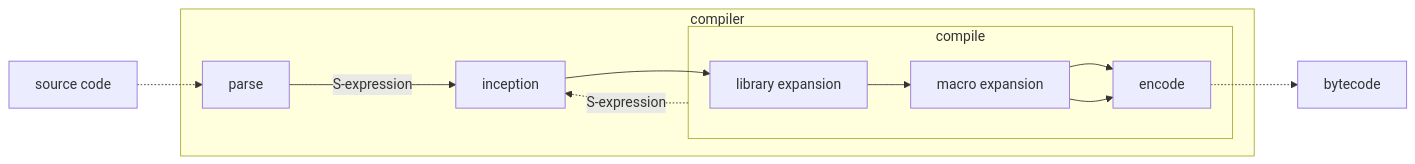
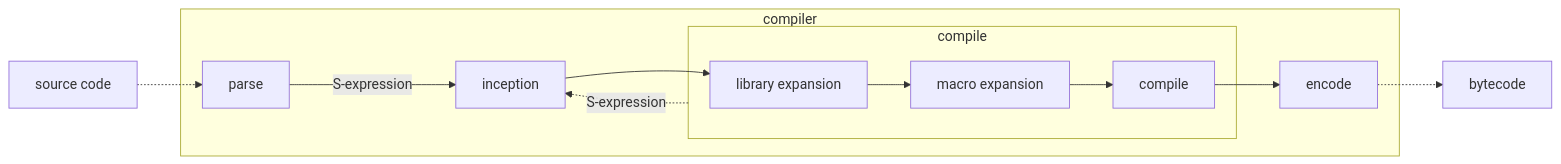
The diagram in slides/papers/stak-scheme/eval.mmd (raviqqe/doc), drawn with Mermaid before and after one commit.

```diff
--- a/slides/papers/stak-scheme/eval.mmd
+++ b/slides/papers/stak-scheme/eval.mmd
@@ -1,16 +1,16 @@
 flowchart LR
   d0[source code] -.-> c1
 
   subgraph s0[compiler]
     c1[parse] --->|S-expression| c2[inception] --> c3
 
     subgraph s1[compile]
       c3[library expansion] --> c4[macro expansion] --> c5[compile]
     end
 
     s1 -.->|S-expression| c2
 
-    c4 --> c5[encode]
+    c5 --> c6[encode]
   end
 
-  c5 -.-> d1[bytecode]
+  c6 -.-> d1[bytecode]
```
